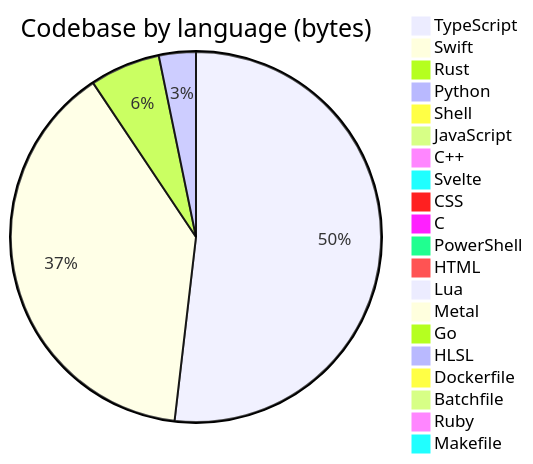
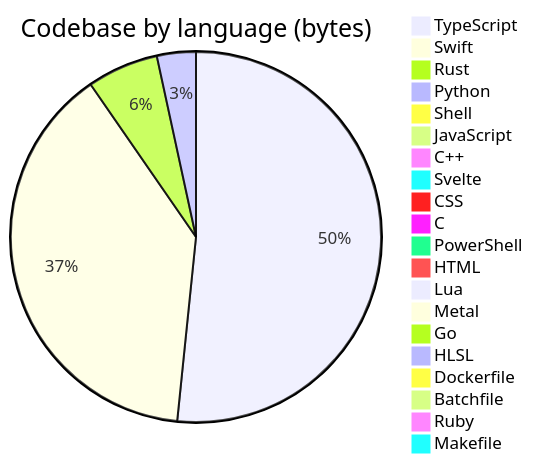
The diagram in profile/README.md (Open330/.github), drawn with Mermaid before and after one commit. The commit also changed other lines of this file, not shown here.

````diff
--- a/profile/README.md
+++ b/profile/README.md
@@ -132,23 +132,23 @@
 ```mermaid
 pie title Codebase by language (bytes)
     "TypeScript" : 34829859
-    "Swift" : 26050111
-    "Rust" : 4128908
-    "Python" : 2167785
-    "Shell" : 633587
+    "Swift" : 26149311
+    "Rust" : 4200461
+    "Python" : 2291735
+    "Shell" : 694903
     "JavaScript" : 408382
     "C++" : 388775
     "Svelte" : 275766
     "CSS" : 152218
     "C" : 118462
     "PowerShell" : 98688
     "HTML" : 92692
     "Lua" : 48814
     "Metal" : 33192
     "Go" : 22811
     "HLSL" : 7527
     "Dockerfile" : 6524
     "Batchfile" : 5660
     "Ruby" : 3229
     "Makefile" : 1307
 ```
````
